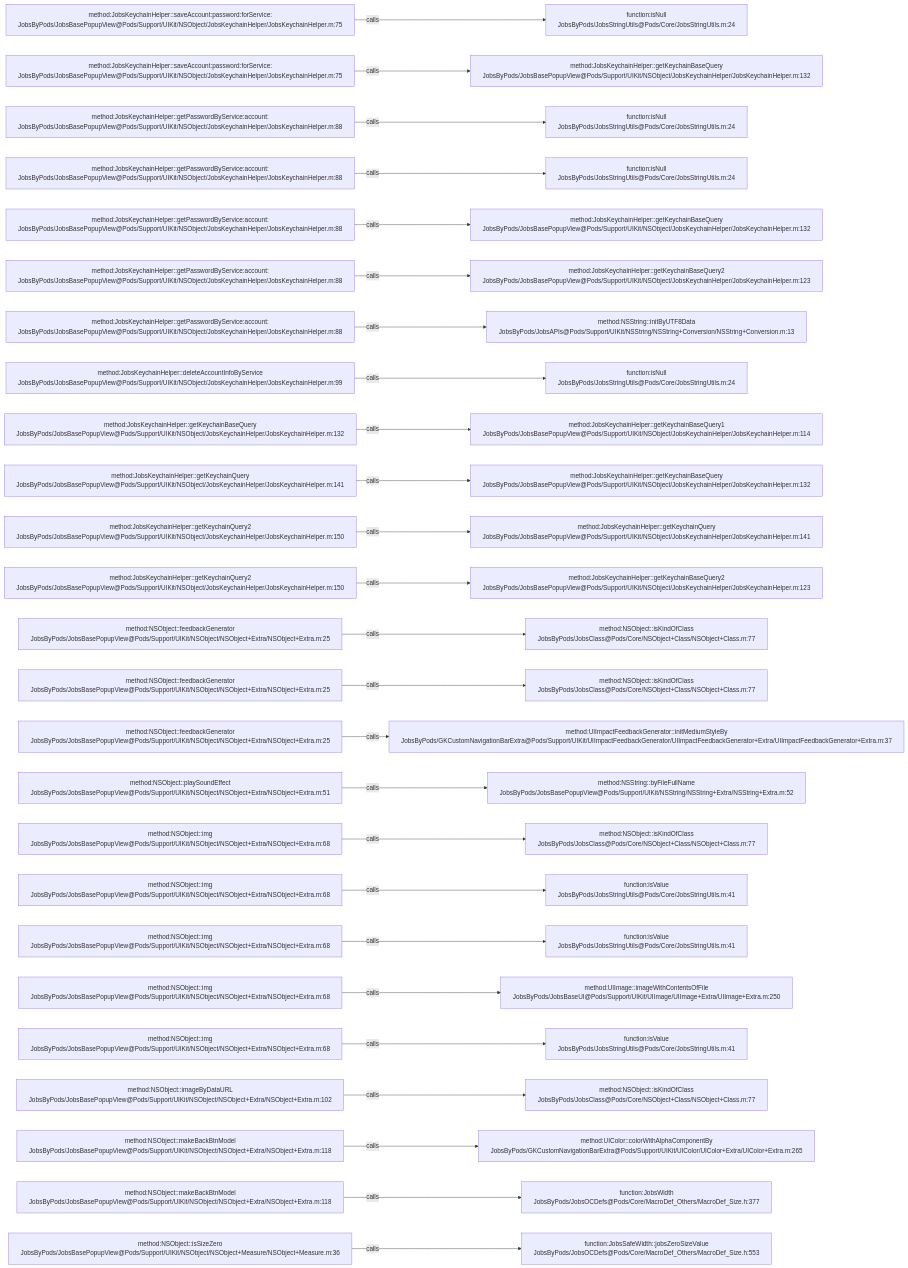
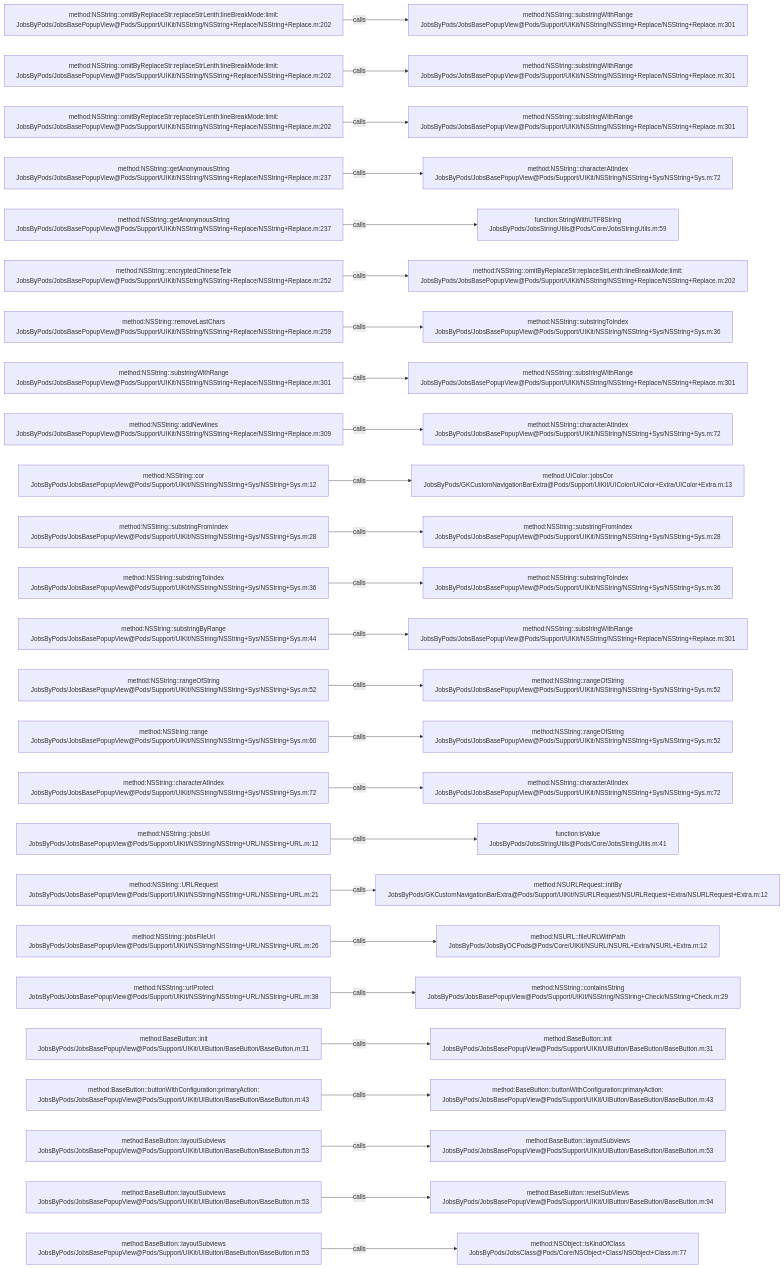
The diagram in .codegraph/codegraph.md/graphs/calls-022.md (JobsKits/JobsOCBaseConfigDemo), drawn with Mermaid before and after one commit. The commit also changed 1026 other files, not shown here.

````diff
--- a/.codegraph/codegraph.md/graphs/calls-022.md
+++ b/.codegraph/codegraph.md/graphs/calls-022.md
@@ -13,78 +13,78 @@
 ```mermaid
 flowchart LR
-  S1["method:JobsKeychainHelper::saveAccount:password:forService:<br/>JobsByPods/JobsBasePopupView@Pods/Support/UIKit/NSObject/JobsKeychainHelper/JobsKeychainHelper.m:75"]
-  T1["function:isNull<br/>JobsByPods/JobsStringUtils@Pods/Core/JobsStringUtils.m:24"]
+  S1["method:NSString::omitByReplaceStr:replaceStrLenth:lineBreakMode:limit:<br/>JobsByPods/JobsBasePopupView@Pods/Support/UIKit/NSString/NSString+Replace/NSString+Replace.m:202"]
+  T1["method:NSString::substringWithRange<br/>JobsByPods/JobsBasePopupView@Pods/Support/UIKit/NSString/NSString+Replace/NSString+Replace.m:301"]
   S1 -->|calls| T1
-  S2["method:JobsKeychainHelper::saveAccount:password:forService:<br/>JobsByPods/JobsBasePopupView@Pods/Support/UIKit/NSObject/JobsKeychainHelper/JobsKeychainHelper.m:75"]
-  T2["method:JobsKeychainHelper::getKeychainBaseQuery<br/>JobsByPods/JobsBasePopupView@Pods/Support/UIKit/NSObject/JobsKeychainHelper/JobsKeychainHelper.m:132"]
+  S2["method:NSString::omitByReplaceStr:replaceStrLenth:lineBreakMode:limit:<br/>JobsByPods/JobsBasePopupView@Pods/Support/UIKit/NSString/NSString+Replace/NSString+Replace.m:202"]
+  T2["method:NSString::substringWithRange<br/>JobsByPods/JobsBasePopupView@Pods/Support/UIKit/NSString/NSString+Replace/NSString+Replace.m:301"]
   S2 -->|calls| T2
-  S3["method:JobsKeychainHelper::getPasswordByService:account:<br/>JobsByPods/JobsBasePopupView@Pods/Support/UIKit/NSObject/JobsKeychainHelper/JobsKeychainHelper.m:88"]
-  T3["function:isNull<br/>JobsByPods/JobsStringUtils@Pods/Core/JobsStringUtils.m:24"]
+  S3["method:NSString::omitByReplaceStr:replaceStrLenth:lineBreakMode:limit:<br/>JobsByPods/JobsBasePopupView@Pods/Support/UIKit/NSString/NSString+Replace/NSString+Replace.m:202"]
+  T3["method:NSString::substringWithRange<br/>JobsByPods/JobsBasePopupView@Pods/Support/UIKit/NSString/NSString+Replace/NSString+Replace.m:301"]
   S3 -->|calls| T3
-  S4["method:JobsKeychainHelper::getPasswordByService:account:<br/>JobsByPods/JobsBasePopupView@Pods/Support/UIKit/NSObject/JobsKeychainHelper/JobsKeychainHelper.m:88"]
-  T4["function:isNull<br/>JobsByPods/JobsStringUtils@Pods/Core/JobsStringUtils.m:24"]
+  S4["method:NSString::getAnonymousString<br/>JobsByPods/JobsBasePopupView@Pods/Support/UIKit/NSString/NSString+Replace/NSString+Replace.m:237"]
+  T4["method:NSString::characterAtIndex<br/>JobsByPods/JobsBasePopupView@Pods/Support/UIKit/NSString/NSString+Sys/NSString+Sys.m:72"]
   S4 -->|calls| T4
-  S5["method:JobsKeychainHelper::getPasswordByService:account:<br/>JobsByPods/JobsBasePopupView@Pods/Support/UIKit/NSObject/JobsKeychainHelper/JobsKeychainHelper.m:88"]
-  T5["method:JobsKeychainHelper::getKeychainBaseQuery<br/>JobsByPods/JobsBasePopupView@Pods/Support/UIKit/NSObject/JobsKeychainHelper/JobsKeychainHelper.m:132"]
+  S5["method:NSString::getAnonymousString<br/>JobsByPods/JobsBasePopupView@Pods/Support/UIKit/NSString/NSString+Replace/NSString+Replace.m:237"]
+  T5["function:StringWithUTF8String<br/>JobsByPods/JobsStringUtils@Pods/Core/JobsStringUtils.m:59"]
   S5 -->|calls| T5
-  S6["method:JobsKeychainHelper::getPasswordByService:account:<br/>JobsByPods/JobsBasePopupView@Pods/Support/UIKit/NSObject/JobsKeychainHelper/JobsKeychainHelper.m:88"]
-  T6["method:JobsKeychainHelper::getKeychainBaseQuery2<br/>JobsByPods/JobsBasePopupView@Pods/Support/UIKit/NSObject/JobsKeychainHelper/JobsKeychainHelper.m:123"]
+  S6["method:NSString::encryptedChineseTele<br/>JobsByPods/JobsBasePopupView@Pods/Support/UIKit/NSString/NSString+Replace/NSString+Replace.m:252"]
+  T6["method:NSString::omitByReplaceStr:replaceStrLenth:lineBreakMode:limit:<br/>JobsByPods/JobsBasePopupView@Pods/Support/UIKit/NSString/NSString+Replace/NSString+Replace.m:202"]
   S6 -->|calls| T6
-  S7["method:JobsKeychainHelper::getPasswordByService:account:<br/>JobsByPods/JobsBasePopupView@Pods/Support/UIKit/NSObject/JobsKeychainHelper/JobsKeychainHelper.m:88"]
-  T7["method:NSString::initByUTF8Data<br/>JobsByPods/JobsAPIs@Pods/Support/UIKit/NSString/NSString+Conversion/NSString+Conversion.m:13"]
+  S7["method:NSString::removeLastChars<br/>JobsByPods/JobsBasePopupView@Pods/Support/UIKit/NSString/NSString+Replace/NSString+Replace.m:259"]
+  T7["method:NSString::substringToIndex<br/>JobsByPods/JobsBasePopupView@Pods/Support/UIKit/NSString/NSString+Sys/NSString+Sys.m:36"]
   S7 -->|calls| T7
-  S8["method:JobsKeychainHelper::deleteAccountInfoByService<br/>JobsByPods/JobsBasePopupView@Pods/Support/UIKit/NSObject/JobsKeychainHelper/JobsKeychainHelper.m:99"]
-  T8["function:isNull<br/>JobsByPods/JobsStringUtils@Pods/Core/JobsStringUtils.m:24"]
+  S8["method:NSString::substringWithRange<br/>JobsByPods/JobsBasePopupView@Pods/Support/UIKit/NSString/NSString+Replace/NSString+Replace.m:301"]
+  T8["method:NSString::substringWithRange<br/>JobsByPods/JobsBasePopupView@Pods/Support/UIKit/NSString/NSString+Replace/NSString+Replace.m:301"]
   S8 -->|calls| T8
-  S9["method:JobsKeychainHelper::getKeychainBaseQuery<br/>JobsByPods/JobsBasePopupView@Pods/Support/UIKit/NSObject/JobsKeychainHelper/JobsKeychainHelper.m:132"]
-  T9["method:JobsKeychainHelper::getKeychainBaseQuery1<br/>JobsByPods/JobsBasePopupView@Pods/Support/UIKit/NSObject/JobsKeychainHelper/JobsKeychainHelper.m:114"]
+  S9["method:NSString::addNewlines<br/>JobsByPods/JobsBasePopupView@Pods/Support/UIKit/NSString/NSString+Replace/NSString+Replace.m:309"]
+  T9["method:NSString::characterAtIndex<br/>JobsByPods/JobsBasePopupView@Pods/Support/UIKit/NSString/NSString+Sys/NSString+Sys.m:72"]
   S9 -->|calls| T9
-  S10["method:JobsKeychainHelper::getKeychainQuery<br/>JobsByPods/JobsBasePopupView@Pods/Support/UIKit/NSObject/JobsKeychainHelper/JobsKeychainHelper.m:141"]
-  T10["method:JobsKeychainHelper::getKeychainBaseQuery<br/>JobsByPods/JobsBasePopupView@Pods/Support/UIKit/NSObject/JobsKeychainHelper/JobsKeychainHelper.m:132"]
+  S10["method:NSString::cor<br/>JobsByPods/JobsBasePopupView@Pods/Support/UIKit/NSString/NSString+Sys/NSString+Sys.m:12"]
+  T10["method:UIColor::jobsCor<br/>JobsByPods/GKCustomNavigationBarExtra@Pods/Support/UIKit/UIColor/UIColor+Extra/UIColor+Extra.m:13"]
   S10 -->|calls| T10
-  S11["method:JobsKeychainHelper::getKeychainQuery2<br/>JobsByPods/JobsBasePopupView@Pods/Support/UIKit/NSObject/JobsKeychainHelper/JobsKeychainHelper.m:150"]
-  T11["method:JobsKeychainHelper::getKeychainQuery<br/>JobsByPods/JobsBasePopupView@Pods/Support/UIKit/NSObject/JobsKeychainHelper/JobsKeychainHelper.m:141"]
+  S11["method:NSString::substringFromIndex<br/>JobsByPods/JobsBasePopupView@Pods/Support/UIKit/NSString/NSString+Sys/NSString+Sys.m:28"]
+  T11["method:NSString::substringFromIndex<br/>JobsByPods/JobsBasePopupView@Pods/Support/UIKit/NSString/NSString+Sys/NSString+Sys.m:28"]
   S11 -->|calls| T11
-  S12["method:JobsKeychainHelper::getKeychainQuery2<br/>JobsByPods/JobsBasePopupView@Pods/Support/UIKit/NSObject/JobsKeychainHelper/JobsKeychainHelper.m:150"]
-  T12["method:JobsKeychainHelper::getKeychainBaseQuery2<br/>JobsByPods/JobsBasePopupView@Pods/Support/UIKit/NSObject/JobsKeychainHelper/JobsKeychainHelper.m:123"]
+  S12["method:NSString::substringToIndex<br/>JobsByPods/JobsBasePopupView@Pods/Support/UIKit/NSString/NSString+Sys/NSString+Sys.m:36"]
+  T12["method:NSString::substringToIndex<br/>JobsByPods/JobsBasePopupView@Pods/Support/UIKit/NSString/NSString+Sys/NSString+Sys.m:36"]
   S12 -->|calls| T12
-  S13["method:NSObject::feedbackGenerator<br/>JobsByPods/JobsBasePopupView@Pods/Support/UIKit/NSObject/NSObject+Extra/NSObject+Extra.m:25"]
-  T13["method:NSObject::isKindOfClass<br/>JobsByPods/JobsClass@Pods/Core/NSObject+Class/NSObject+Class.m:77"]
+  S13["method:NSString::substringByRange<br/>JobsByPods/JobsBasePopupView@Pods/Support/UIKit/NSString/NSString+Sys/NSString+Sys.m:44"]
+  T13["method:NSString::substringWithRange<br/>JobsByPods/JobsBasePopupView@Pods/Support/UIKit/NSString/NSString+Replace/NSString+Replace.m:301"]
   S13 -->|calls| T13
-  S14["method:NSObject::feedbackGenerator<br/>JobsByPods/JobsBasePopupView@Pods/Support/UIKit/NSObject/NSObject+Extra/NSObject+Extra.m:25"]
-  T14["method:NSObject::isKindOfClass<br/>JobsByPods/JobsClass@Pods/Core/NSObject+Class/NSObject+Class.m:77"]
+  S14["method:NSString::rangeOfString<br/>JobsByPods/JobsBasePopupView@Pods/Support/UIKit/NSString/NSString+Sys/NSString+Sys.m:52"]
+  T14["method:NSString::rangeOfString<br/>JobsByPods/JobsBasePopupView@Pods/Support/UIKit/NSString/NSString+Sys/NSString+Sys.m:52"]
   S14 -->|calls| T14
-  S15["method:NSObject::feedbackGenerator<br/>JobsByPods/JobsBasePopupView@Pods/Support/UIKit/NSObject/NSObject+Extra/NSObject+Extra.m:25"]
-  T15["method:UIImpactFeedbackGenerator::initMediumStyleBy<br/>JobsByPods/GKCustomNavigationBarExtra@Pods/Support/UIKit/UIImpactFeedbackGenerator/UIImpactFeedbackGenerator+Extra/UIImpactFeedbackGenerator+Extra.m:37"]
+  S15["method:NSString::range<br/>JobsByPods/JobsBasePopupView@Pods/Support/UIKit/NSString/NSString+Sys/NSString+Sys.m:60"]
+  T15["method:NSString::rangeOfString<br/>JobsByPods/JobsBasePopupView@Pods/Support/UIKit/NSString/NSString+Sys/NSString+Sys.m:52"]
   S15 -->|calls| T15
-  S16["method:NSObject::playSoundEffect<br/>JobsByPods/JobsBasePopupView@Pods/Support/UIKit/NSObject/NSObject+Extra/NSObject+Extra.m:51"]
-  T16["method:NSString::byFileFullName<br/>JobsByPods/JobsBasePopupView@Pods/Support/UIKit/NSString/NSString+Extra/NSString+Extra.m:52"]
+  S16["method:NSString::characterAtIndex<br/>JobsByPods/JobsBasePopupView@Pods/Support/UIKit/NSString/NSString+Sys/NSString+Sys.m:72"]
+  T16["method:NSString::characterAtIndex<br/>JobsByPods/JobsBasePopupView@Pods/Support/UIKit/NSString/NSString+Sys/NSString+Sys.m:72"]
   S16 -->|calls| T16
-  S17["method:NSObject::img<br/>JobsByPods/JobsBasePopupView@Pods/Support/UIKit/NSObject/NSObject+Extra/NSObject+Extra.m:68"]
-  T17["method:NSObject::isKindOfClass<br/>JobsByPods/JobsClass@Pods/Core/NSObject+Class/NSObject+Class.m:77"]
+  S17["method:NSString::jobsUrl<br/>JobsByPods/JobsBasePopupView@Pods/Support/UIKit/NSString/NSString+URL/NSString+URL.m:12"]
+  T17["function:isValue<br/>JobsByPods/JobsStringUtils@Pods/Core/JobsStringUtils.m:41"]
   S17 -->|calls| T17
-  S18["method:NSObject::img<br/>JobsByPods/JobsBasePopupView@Pods/Support/UIKit/NSObject/NSObject+Extra/NSObject+Extra.m:68"]
-  T18["function:isValue<br/>JobsByPods/JobsStringUtils@Pods/Core/JobsStringUtils.m:41"]
+  S18["method:NSString::URLRequest<br/>JobsByPods/JobsBasePopupView@Pods/Support/UIKit/NSString/NSString+URL/NSString+URL.m:21"]
+  T18["method:NSURLRequest::initBy<br/>JobsByPods/GKCustomNavigationBarExtra@Pods/Support/UIKit/NSURLRequest/NSURLRequest+Extra/NSURLRequest+Extra.m:12"]
   S18 -->|calls| T18
-  S19["method:NSObject::img<br/>JobsByPods/JobsBasePopupView@Pods/Support/UIKit/NSObject/NSObject+Extra/NSObject+Extra.m:68"]
-  T19["function:isValue<br/>JobsByPods/JobsStringUtils@Pods/Core/JobsStringUtils.m:41"]
+  S19["method:NSString::jobsFileUrl<br/>JobsByPods/JobsBasePopupView@Pods/Support/UIKit/NSString/NSString+URL/NSString+URL.m:26"]
+  T19["method:NSURL::fileURLWithPath<br/>JobsByPods/JobsByOCPods@Pods/Core/UIKit/NSURL/NSURL+Extra/NSURL+Extra.m:12"]
   S19 -->|calls| T19
-  S20["method:NSObject::img<br/>JobsByPods/JobsBasePopupView@Pods/Support/UIKit/NSObject/NSObject+Extra/NSObject+Extra.m:68"]
-  T20["method:UIImage::imageWithContentsOfFile<br/>JobsByPods/JobsBaseUI@Pods/Support/UIKit/UIImage/UIImage+Extra/UIImage+Extra.m:250"]
+  S20["method:NSString::urlProtect<br/>JobsByPods/JobsBasePopupView@Pods/Support/UIKit/NSString/NSString+URL/NSString+URL.m:38"]
+  T20["method:NSString::containsString<br/>JobsByPods/JobsBasePopupView@Pods/Support/UIKit/NSString/NSString+Check/NSString+Check.m:29"]
   S20 -->|calls| T20
-  S21["method:NSObject::img<br/>JobsByPods/JobsBasePopupView@Pods/Support/UIKit/NSObject/NSObject+Extra/NSObject+Extra.m:68"]
-  T21["function:isValue<br/>JobsByPods/JobsStringUtils@Pods/Core/JobsStringUtils.m:41"]
+  S21["method:BaseButton::init<br/>JobsByPods/JobsBasePopupView@Pods/Support/UIKit/UIButton/BaseButton/BaseButton.m:31"]
+  T21["method:BaseButton::init<br/>JobsByPods/JobsBasePopupView@Pods/Support/UIKit/UIButton/BaseButton/BaseButton.m:31"]
   S21 -->|calls| T21
-  S22["method:NSObject::imageByDataURL<br/>JobsByPods/JobsBasePopupView@Pods/Support/UIKit/NSObject/NSObject+Extra/NSObject+Extra.m:102"]
-  T22["method:NSObject::isKindOfClass<br/>JobsByPods/JobsClass@Pods/Core/NSObject+Class/NSObject+Class.m:77"]
+  S22["method:BaseButton::buttonWithConfiguration:primaryAction:<br/>JobsByPods/JobsBasePopupView@Pods/Support/UIKit/UIButton/BaseButton/BaseButton.m:43"]
+  T22["method:BaseButton::buttonWithConfiguration:primaryAction:<br/>JobsByPods/JobsBasePopupView@Pods/Support/UIKit/UIButton/BaseButton/BaseButton.m:43"]
   S22 -->|calls| T22
-  S23["method:NSObject::makeBackBtnModel<br/>JobsByPods/JobsBasePopupView@Pods/Support/UIKit/NSObject/NSObject+Extra/NSObject+Extra.m:118"]
-  T23["method:UIColor::colorWithAlphaComponentBy<br/>JobsByPods/GKCustomNavigationBarExtra@Pods/Support/UIKit/UIColor/UIColor+Extra/UIColor+Extra.m:265"]
+  S23["method:BaseButton::layoutSubviews<br/>JobsByPods/JobsBasePopupView@Pods/Support/UIKit/UIButton/BaseButton/BaseButton.m:53"]
+  T23["method:BaseButton::layoutSubviews<br/>JobsByPods/JobsBasePopupView@Pods/Support/UIKit/UIButton/BaseButton/BaseButton.m:53"]
   S23 -->|calls| T23
-  S24["method:NSObject::makeBackBtnModel<br/>JobsByPods/JobsBasePopupView@Pods/Support/UIKit/NSObject/NSObject+Extra/NSObject+Extra.m:118"]
-  T24["function:JobsWidth<br/>JobsByPods/JobsOCDefs@Pods/Core/MacroDef_Others/MacroDef_Size.h:377"]
+  S24["method:BaseButton::layoutSubviews<br/>JobsByPods/JobsBasePopupView@Pods/Support/UIKit/UIButton/BaseButton/BaseButton.m:53"]
+  T24["method:BaseButton::resetSubViews<br/>JobsByPods/JobsBasePopupView@Pods/Support/UIKit/UIButton/BaseButton/BaseButton.m:94"]
   S24 -->|calls| T24
-  S25["method:NSObject::isSizeZero<br/>JobsByPods/JobsBasePopupView@Pods/Support/UIKit/NSObject/NSObject+Measure/NSObject+Measure.m:36"]
-  T25["function:JobsSafeWidth::jobsZeroSizeValue<br/>JobsByPods/JobsOCDefs@Pods/Core/MacroDef_Others/MacroDef_Size.h:553"]
+  S25["method:BaseButton::layoutSubviews<br/>JobsByPods/JobsBasePopupView@Pods/Support/UIKit/UIButton/BaseButton/BaseButton.m:53"]
+  T25["method:NSObject::isKindOfClass<br/>JobsByPods/JobsClass@Pods/Core/NSObject+Class/NSObject+Class.m:77"]
   S25 -->|calls| T25
 ```
````
